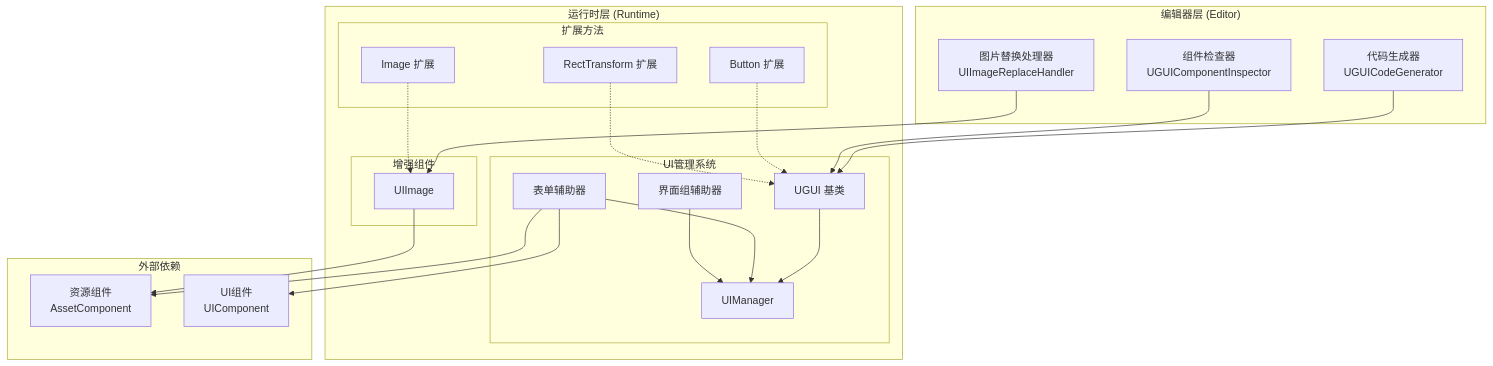
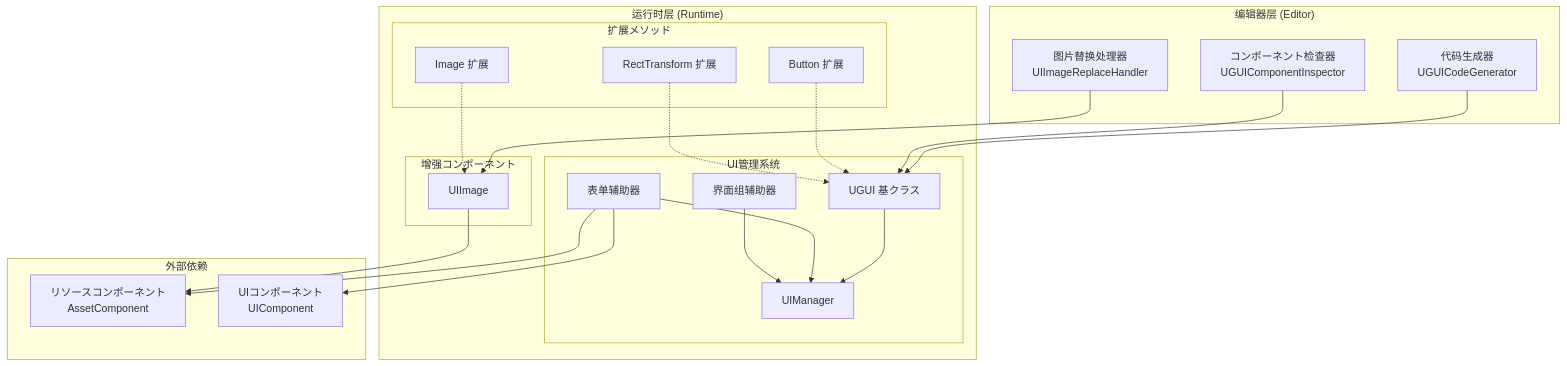
One commit to AlianBlank/GameFrameX.Docs changed the first of 3 diagrams in docs/ja/client/unity/component/ui-ugui/04.features.md. Above: the diagram before and after it, drawn with Mermaid. The commit also changed other lines of this file and 603 other files, not shown here.

````diff
--- a/docs/ja/client/unity/component/ui-ugui/04.features.md
+++ b/docs/ja/client/unity/component/ui-ugui/04.features.md
@@ -21,48 +21,48 @@
 ```mermaid
 graph TD
     subgraph EditorLayer["编辑器层 (Editor)"]
         CodeGen["代码生成器<br/>UGUICodeGenerator"]
-        Inspector["组件检查器<br/>UGUIComponentInspector"]
+        Inspector["コンポーネント检查器<br/>UGUIComponentInspector"]
         Replace["图片替换处理器<br/>UIImageReplaceHandler"]
     end
 
     subgraph RuntimeLayer["运行时层 (Runtime)"]
         subgraph UIManagement["UI管理系统"]
-            UGUIBase["UGUI 基类"]
+            UGUIBase["UGUI 基クラス"]
             UIMgr["UIManager"]
             FormHelper["表单辅助器"]
             UIGroupHelper["界面组辅助器"]
         end
 
-        subgraph Components["增强组件"]
+        subgraph Components["增强コンポーネント"]
             UIImg["UIImage"]
         end
 
-        subgraph Extensions["扩展方法"]
+        subgraph Extensions["扩展メソッド"]
             BtnExt["Button 扩展"]
             ImgExt["Image 扩展"]
             RectExt["RectTransform 扩展"]
         end
     end
 
     subgraph External["外部依赖"]
-        Asset["资源组件<br/>AssetComponent"]
-        UIComponent["UI组件<br/>UIComponent"]
+        Asset["リソースコンポーネント<br/>AssetComponent"]
+        UIComponent["UIコンポーネント<br/>UIComponent"]
     end
 
     CodeGen --> UGUIBase
     Inspector --> UGUIBase
     Replace --> UIImg
     
     UGUIBase --> UIMgr
     FormHelper --> UIMgr
     UIGroupHelper --> UIMgr
     
     BtnExt -.-> UGUIBase
     ImgExt -.-> UIImg
     RectExt -.-> UGUIBase
     
     FormHelper --> Asset
     FormHelper --> UIComponent
     UIImg --> Asset
 ```
````
